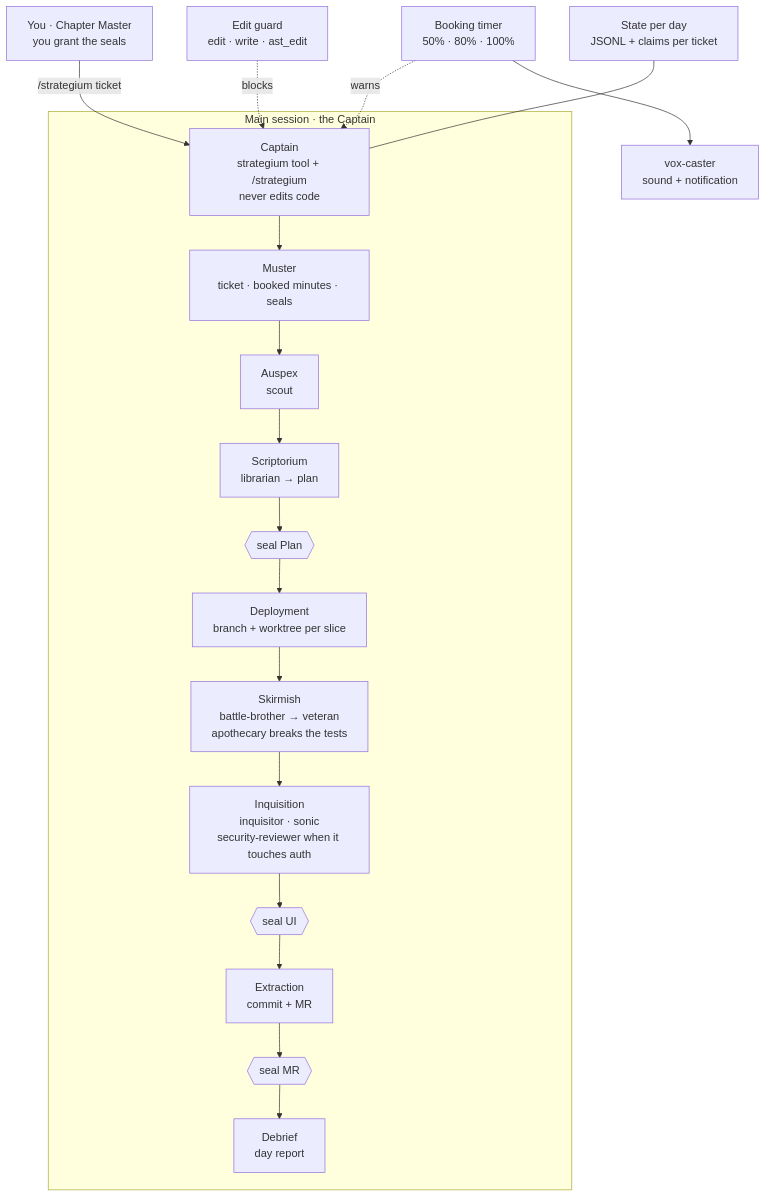
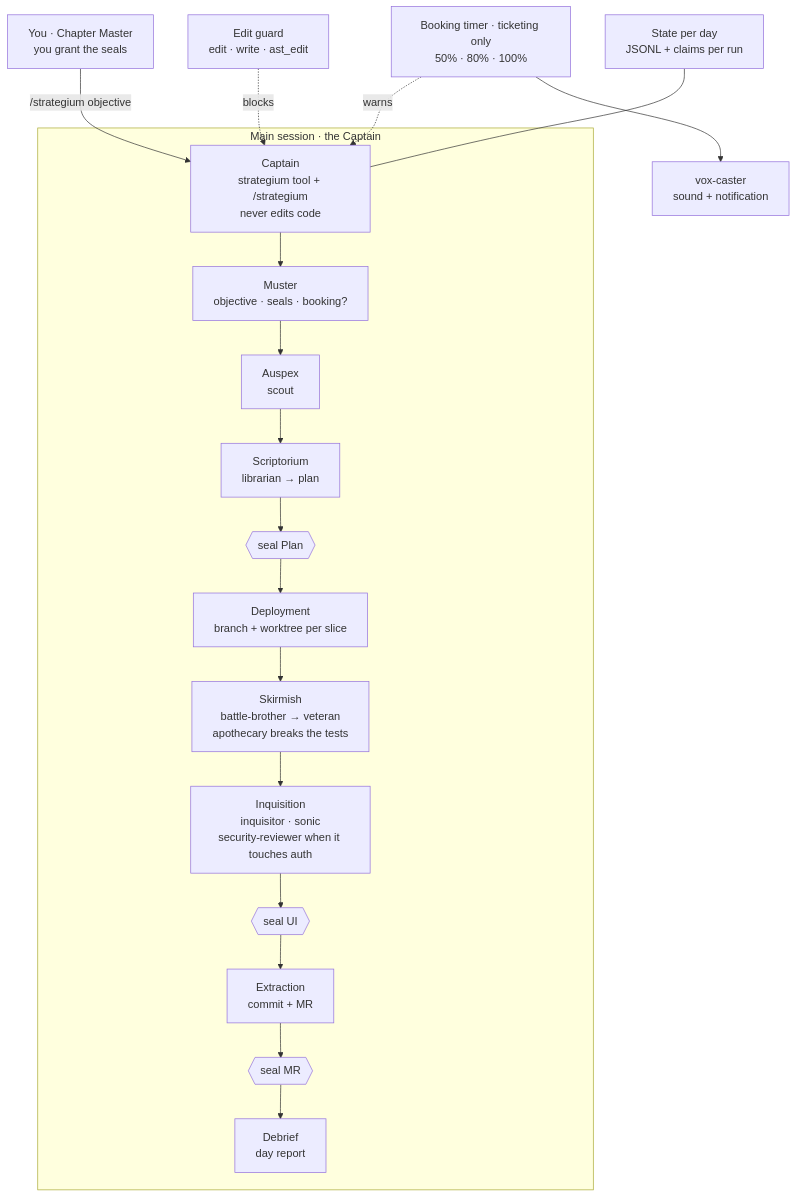
The diagram in README.md (frandev94/strategium), drawn with Mermaid before and after one commit. The commit also changed other lines of this file and 7 other files, not shown here.

First line of the commit message:
docs: Strategium is a workflow, and ticketing is an option of it

````diff
--- a/README.md
+++ b/README.md
@@ -33,22 +33,22 @@
 ```mermaid
 flowchart TB
-  U["You · Chapter Master<br/>you grant the seals"] -->|"/strategium ticket"| C
+  U["You · Chapter Master<br/>you grant the seals"] -->|"/strategium objective"| C
   subgraph run["Main session · the Captain"]
     C["Captain<br/>strategium tool + /strategium<br/>never edits code"]
-    C --> M["Muster<br/>ticket · booked minutes · seals"]
+    C --> M["Muster<br/>objective · seals · booking?"]
     M --> A["Auspex<br/>scout"]
     A --> B["Scriptorium<br/>librarian → plan"]
     B --> S1{{"seal Plan"}}
     S1 --> D["Deployment<br/>branch + worktree per slice"]
     D --> E["Skirmish<br/>battle-brother → veteran<br/>apothecary breaks the tests"]
     E --> I["Inquisition<br/>inquisitor · sonic<br/>security-reviewer when it touches auth"]
     I --> S2{{"seal UI"}}
     S2 --> X["Extraction<br/>commit + MR"]
     X --> S3{{"seal MR"}}
     S3 --> F["Debrief<br/>day report"]
   end
-  T["Booking timer<br/>50% · 80% · 100%"] -.->|warns| C
+  T["Booking timer · ticketing only<br/>50% · 80% · 100%"] -.->|warns| C
   T --> V["vox-caster<br/>sound + notification"]
   G["Edit guard<br/>edit · write · ast_edit"] -.->|blocks| C
-  R["State per day<br/>JSONL + claims per ticket"] --- C
+  R["State per day<br/>JSONL + claims per run"] --- C
 ```
````
